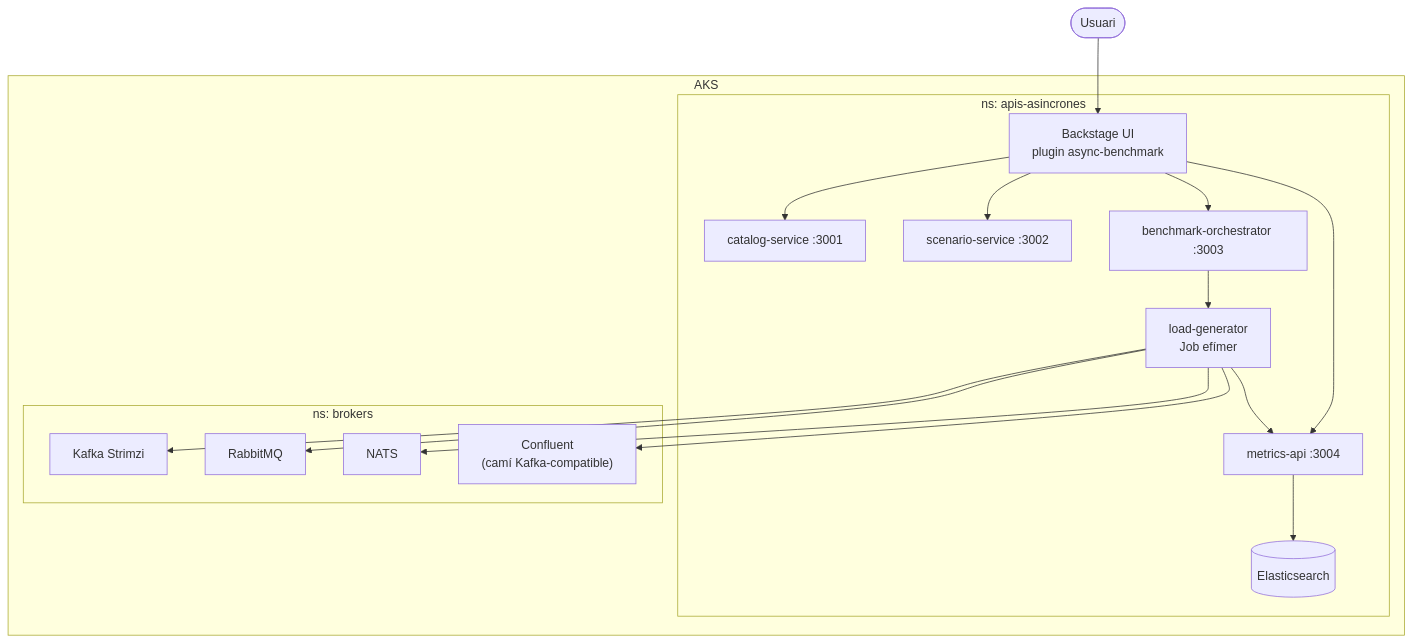
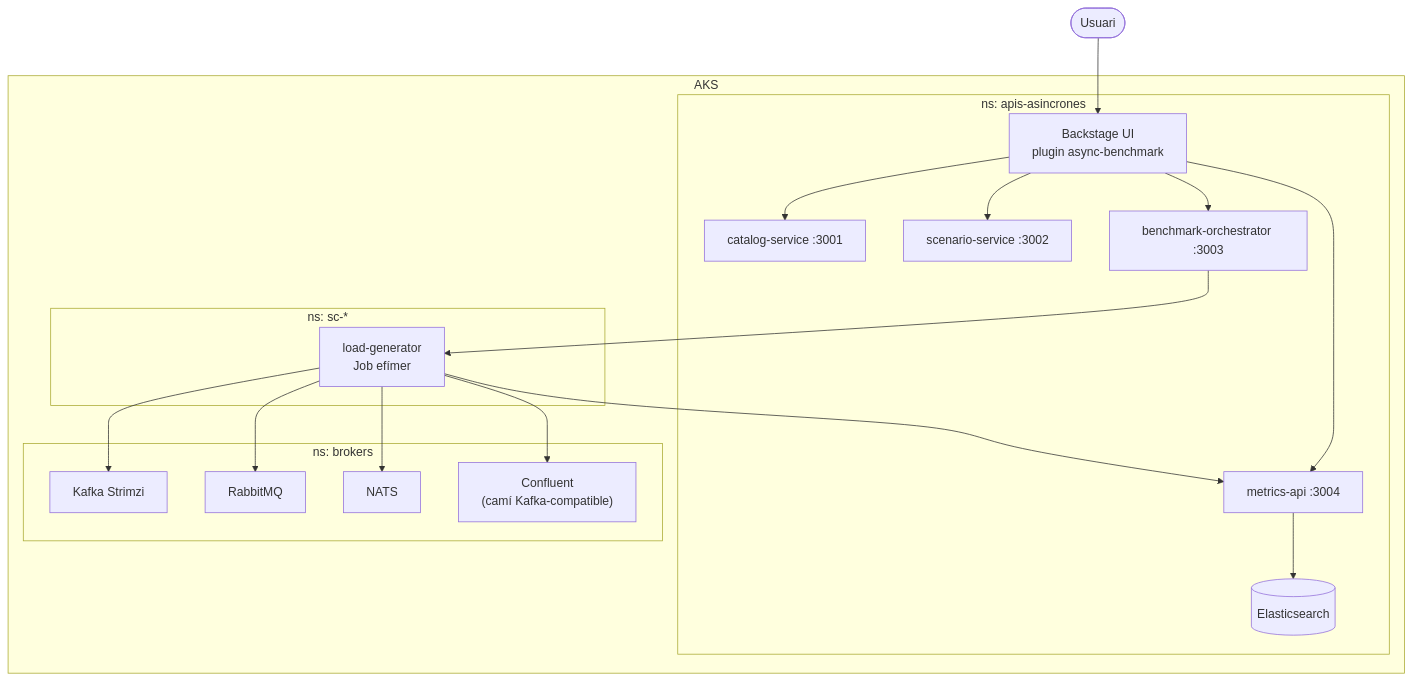
One commit to marcfontt/apis-asincrones changed the diagram in README.md. Above: the diagram before and after it, drawn with Mermaid. The commit also changed other lines of this file and 2 other files, not shown here.

Commit message:
Align architecture docs with final runtime

````diff
--- a/README.md
+++ b/README.md
@@ -82,35 +84,38 @@
 ```mermaid
 flowchart TB
     user(["Usuari"]) --> backstage["Backstage UI<br/>plugin async-benchmark"]
 
     subgraph aks["AKS"]
         subgraph app["ns: apis-asincrones"]
             backstage
             catalog["catalog-service :3001"]
             scenario["scenario-service :3002"]
             orchestrator["benchmark-orchestrator :3003"]
             metrics["metrics-api :3004"]
             es[("Elasticsearch")]
-            loadgen["load-generator<br/>Job efímer"]
         end
 
         subgraph brokers["ns: brokers"]
             kafkaBroker["Kafka Strimzi"]
             rabbit["RabbitMQ"]
             nats["NATS"]
             confluent["Confluent<br/>(camí Kafka-compatible)"]
+        end
+
+        subgraph runs["ns: sc-*"]
+            loadgen["load-generator<br/>Job efímer"]
         end
     end
 
     backstage --> catalog
     backstage --> scenario
     backstage --> orchestrator
     backstage --> metrics
     orchestrator --> loadgen
     loadgen --> kafkaBroker
     loadgen --> rabbit
     loadgen --> nats
     loadgen --> confluent
     loadgen --> metrics
     metrics --> es
 ```
````
